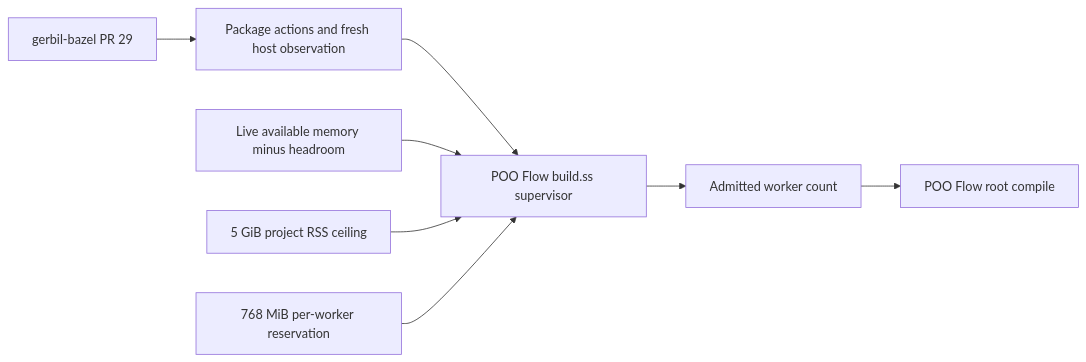
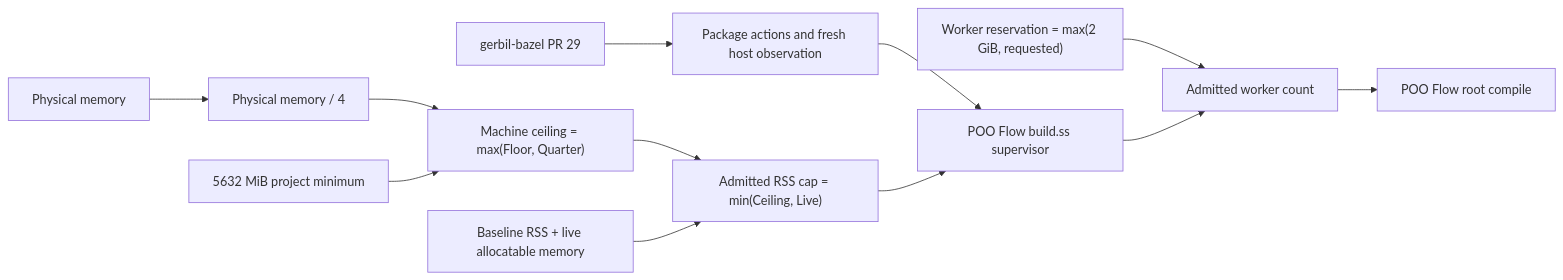
Diagram 11 of 15 in docs/10-19-design/10.06-poo-module-system/156-gerbil-bazel-pr29-downstream-performance-receipt.org (tao3k/poo-flow), drawn with Mermaid before and after one commit. The commit also changed other lines of this file and 358 other files, not shown here.

Commit message:
feat: consolidate build and assurance architecture

```diff
--- a/docs/10-19-design/10.06-poo-module-system/156-gerbil-bazel-pr29-downstream-performance-receipt.org
+++ b/docs/10-19-design/10.06-poo-module-system/156-gerbil-bazel-pr29-downstream-performance-receipt.org
@@ -833,19 +941,27 @@
 #+begin_src mermaid
 flowchart LR
   GB["gerbil-bazel PR 29"]
   Package["Package actions and fresh host observation"]
   Root["POO Flow build.ss supervisor"]
-  Live["Live available memory minus headroom"]
-  Ceiling["5 GiB project RSS ceiling"]
-  Floor["768 MiB per-worker reservation"]
+  Physical["Physical memory"]
+  Quarter["Physical memory / 4"]
+  Floor["5632 MiB project minimum"]
+  Ceiling["Machine ceiling = max(Floor, Quarter)"]
+  Live["Baseline RSS + live allocatable memory"]
+  Cap["Admitted RSS cap = min(Ceiling, Live)"]
+  Reservation["Worker reservation = max(2 GiB, requested)"]
   Workers["Admitted worker count"]
   Compile["POO Flow root compile"]
 
   GB --> Package
   Package --> Root
-  Live --> Root
-  Ceiling --> Root
-  Floor --> Root
+  Physical --> Quarter
+  Quarter --> Ceiling
+  Floor --> Ceiling
+  Ceiling --> Cap
+  Live --> Cap
+  Cap --> Root
+  Reservation --> Workers
   Root --> Workers
   Workers --> Compile
 #+end_src
```
